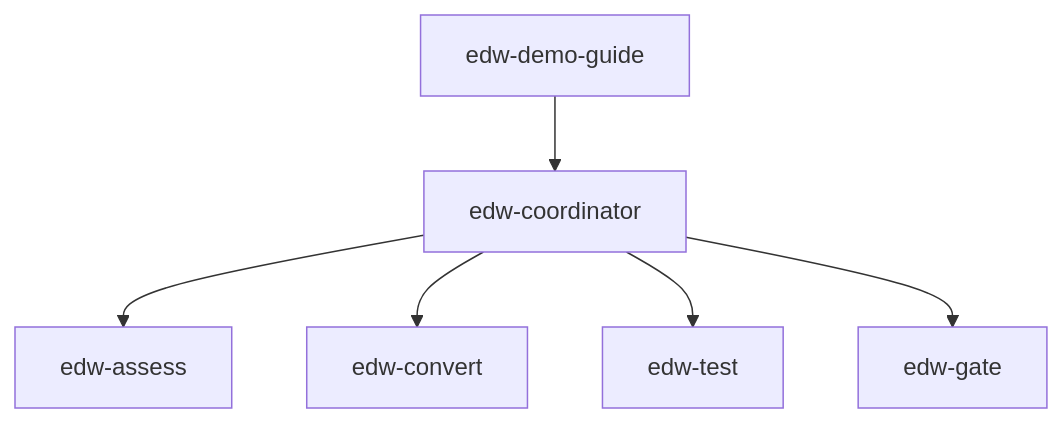
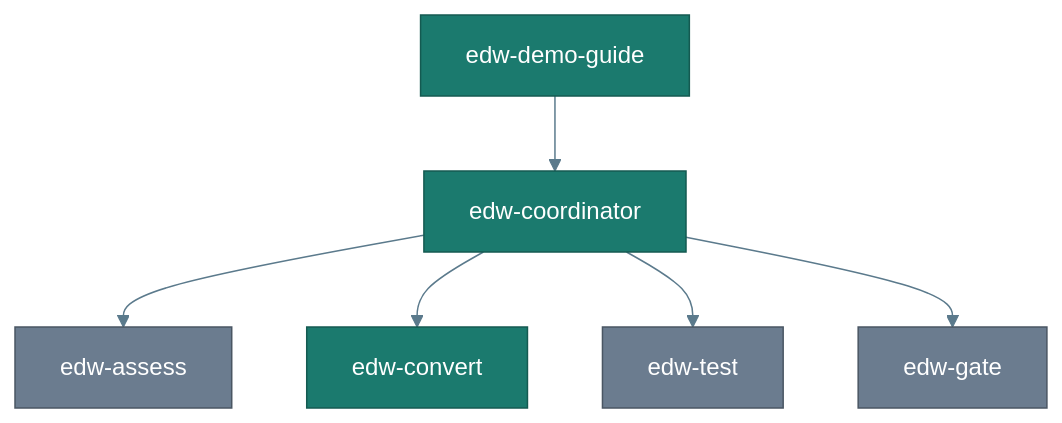
The third of 3 diagrams in docs/what-you-get.md (Jericho2010/edwmigration), drawn with Mermaid before and after one commit. The commit also changed other lines of this file and 25 other files, not shown here.

First line of the commit message:
Add enterprise SoD docs, themed diagrams, glossary, and Cursor UI guide.

````diff
--- a/docs/what-you-get.md
+++ b/docs/what-you-get.md
@@ -65,10 +84,15 @@
 ```mermaid
+%%{init: {"theme":"base","themeVariables":{"primaryColor":"#E8F1F8","primaryTextColor":"#0B3D5C","primaryBorderColor":"#0B3D5C","lineColor":"#5B7A8C","secondaryColor":"#E6F4F1","tertiaryColor":"#F7F3EA","background":"#FFFFFF","mainBkg":"#E8F1F8","clusterBkg":"#F7FAFC","clusterBorder":"#5B7A8C","titleColor":"#0B3D5C","edgeLabelBackground":"#FFFFFF"}}}%%
 flowchart TB
   Guide[edw-demo-guide]
   Coord[edw-coordinator]
   Guide --> Coord
   Coord --> Assess[edw-assess]
   Coord --> Convert[edw-convert]
   Coord --> Test[edw-test]
   Coord --> Gate[edw-gate]
+  classDef agent fill:#1B7A6E,stroke:#145A51,color:#fff
+  classDef readonly fill:#6B7C8F,stroke:#4A5663,color:#fff
+  class Guide,Coord,Convert agent
+  class Assess,Test,Gate readonly
 ```
````
